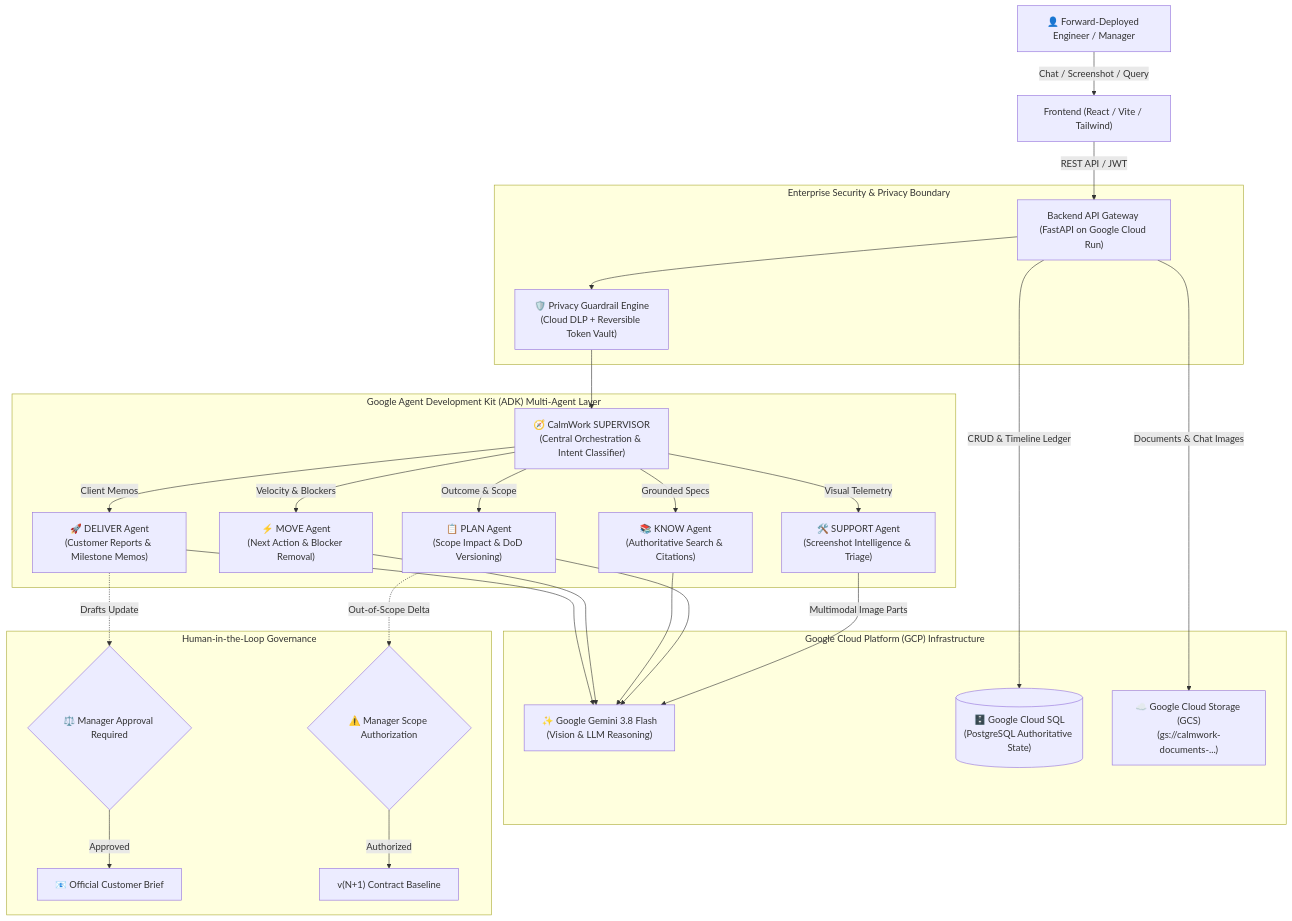
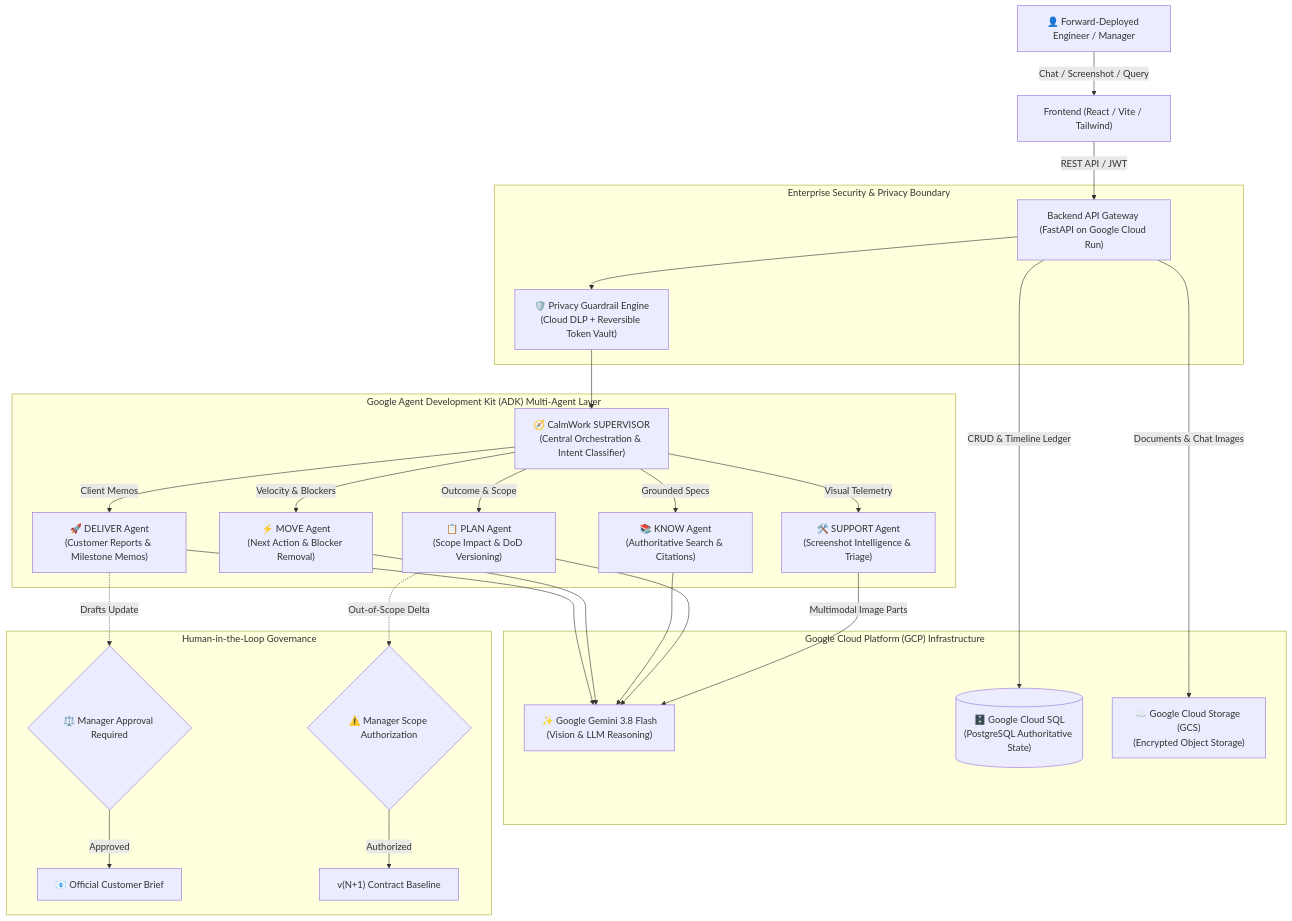
One commit to jeyaseelan6/CalmWorkAI changed the first of 2 diagrams in README.md. Above: the diagram before and after it, drawn with Mermaid. The commit also changed other lines of this file, not shown here.

````diff
--- a/README.md
+++ b/README.md
@@ -56,34 +56,34 @@
 ```mermaid
 flowchart TD
     User["👤 Forward-Deployed Engineer / Manager"] -->|Chat / Screenshot / Query| UI["Frontend (React / Vite / Tailwind)"]
     UI -->|REST API / JWT| API["Backend API Gateway (FastAPI on Google Cloud Run)"]
 
     subgraph Security["Enterprise Security & Privacy Boundary"]
         API --> PrivacyEngine["🛡️ Privacy Guardrail Engine<br/>(Cloud DLP + Reversible Token Vault)"]
     end
 
     subgraph GoogleADK["Google Agent Development Kit (ADK) Multi-Agent Layer"]
         PrivacyEngine --> Sup["🧭 CalmWork SUPERVISOR<br/>(Central Orchestration & Intent Classifier)"]
         
         Sup -->|Outcome & Scope| PlanAgent["📋 PLAN Agent<br/>(Scope Impact & DoD Versioning)"]
         Sup -->|Grounded Specs| KnowAgent["📚 KNOW Agent<br/>(Authoritative Search & Citations)"]
         Sup -->|Velocity & Blockers| MoveAgent["⚡ MOVE Agent<br/>(Next Action & Blocker Removal)"]
         Sup -->|Client Memos| DeliverAgent["🚀 DELIVER Agent<br/>(Customer Reports & Milestone Memos)"]
         Sup -->|Visual Telemetry| SupportAgent["🛠️ SUPPORT Agent<br/>(Screenshot Intelligence & Triage)"]
     end
 
     subgraph GCPInfrastructure["Google Cloud Platform (GCP) Infrastructure"]
         SupportAgent -->|Multimodal Image Parts| Gemini["✨ Google Gemini 3.8 Flash<br/>(Vision & LLM Reasoning)"]
         PlanAgent & KnowAgent & MoveAgent & DeliverAgent --> Gemini
         
         API -->|CRUD & Timeline Ledger| CloudSQL[("🗄️ Google Cloud SQL<br/>(PostgreSQL Authoritative State)")]
-        API -->|Documents & Chat Images| GCS["☁️ Google Cloud Storage (GCS)<br/>(gs://calmwork-documents-...)"]
+        API -->|Documents & Chat Images| GCS["☁️ Google Cloud Storage (GCS)<br/>(Encrypted Object Storage)"]
     end
 
     subgraph Governance["Human-in-the-Loop Governance"]
         DeliverAgent -.->|Drafts Update| MgrApproval{"⚖️ Manager Approval Required"}
         PlanAgent -.->|Out-of-Scope Delta| ScopeGating{"⚠️ Manager Scope Authorization"}
         MgrApproval -->|Approved| ClientUpdate["📧 Official Customer Brief"]
         ScopeGating -->|Authorized| NewOutcomeVersion["v(N+1) Contract Baseline"]
     end
 ```
````
